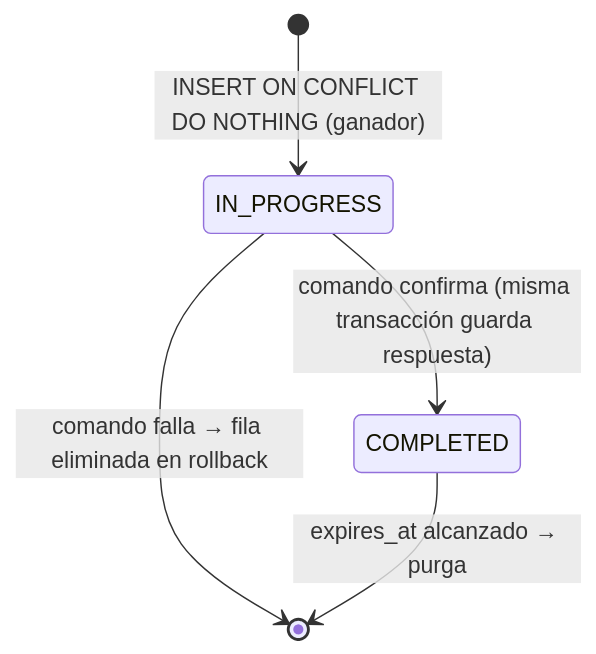
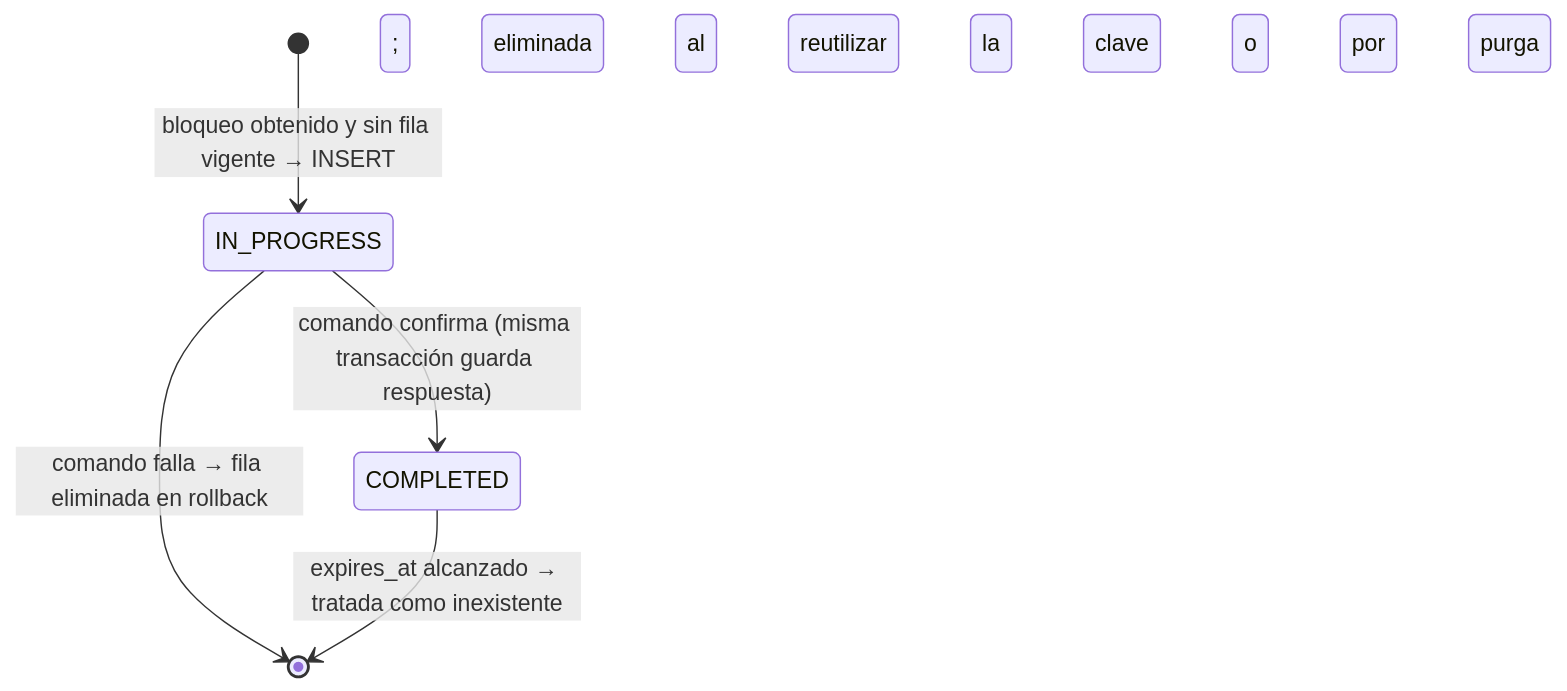
One commit to aguila486/kuota-platform changed the second of 2 diagrams in specs/001-platform-foundation/data-model.md. Above: the diagram before and after it, drawn with Mermaid. The commit also changed other lines of this file and 9 other files, not shown here.

````diff
--- a/specs/001-platform-foundation/data-model.md
+++ b/specs/001-platform-foundation/data-model.md
@@ -105,7 +118,7 @@
 ```mermaid
 stateDiagram-v2
-    [*] --> IN_PROGRESS: INSERT ON CONFLICT DO NOTHING (ganador)
+    [*] --> IN_PROGRESS: bloqueo obtenido y sin fila vigente → INSERT
     IN_PROGRESS --> COMPLETED: comando confirma (misma transacción guarda respuesta)
     IN_PROGRESS --> [*]: comando falla → fila eliminada en rollback
-    COMPLETED --> [*]: expires_at alcanzado → purga
+    COMPLETED --> [*]: expires_at alcanzado → tratada como inexistente; eliminada al reutilizar la clave o por purga
 ```
````
